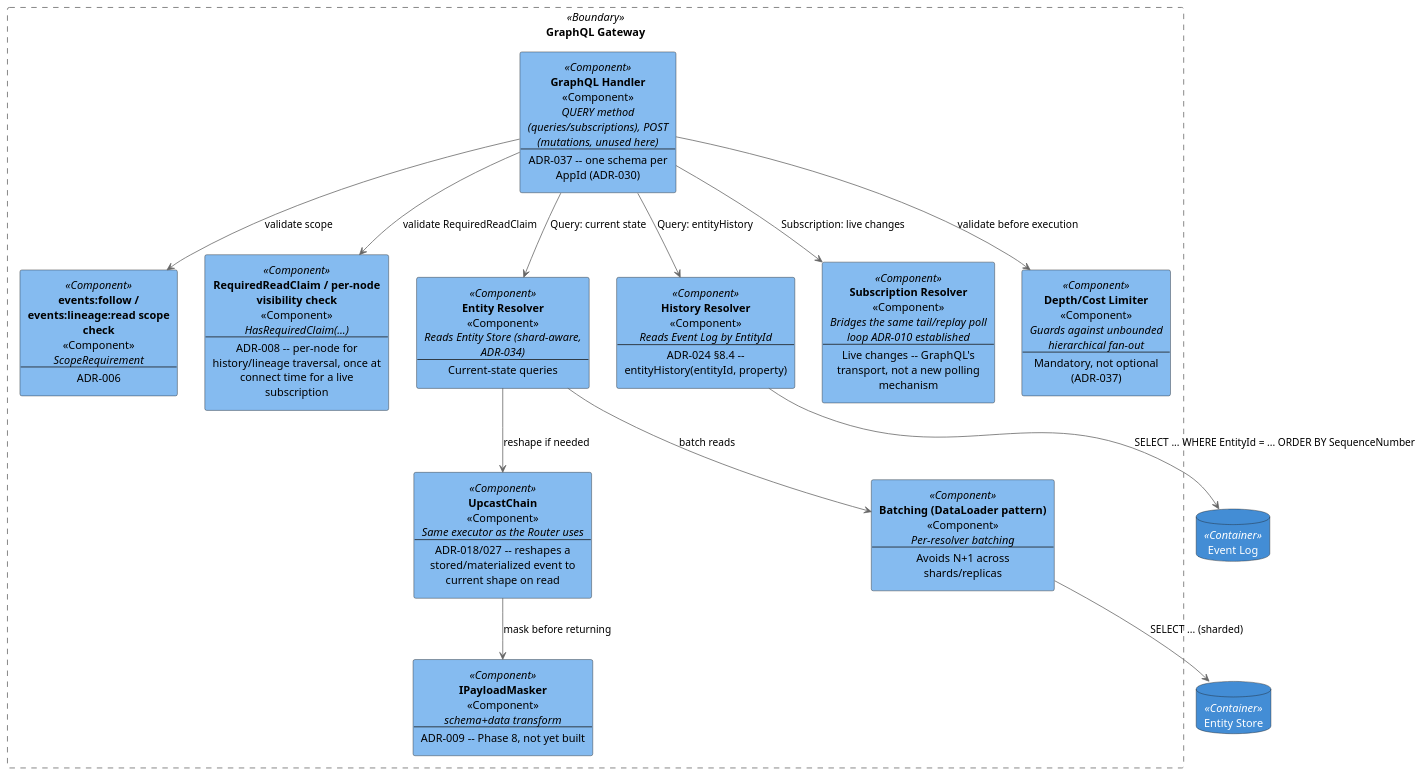
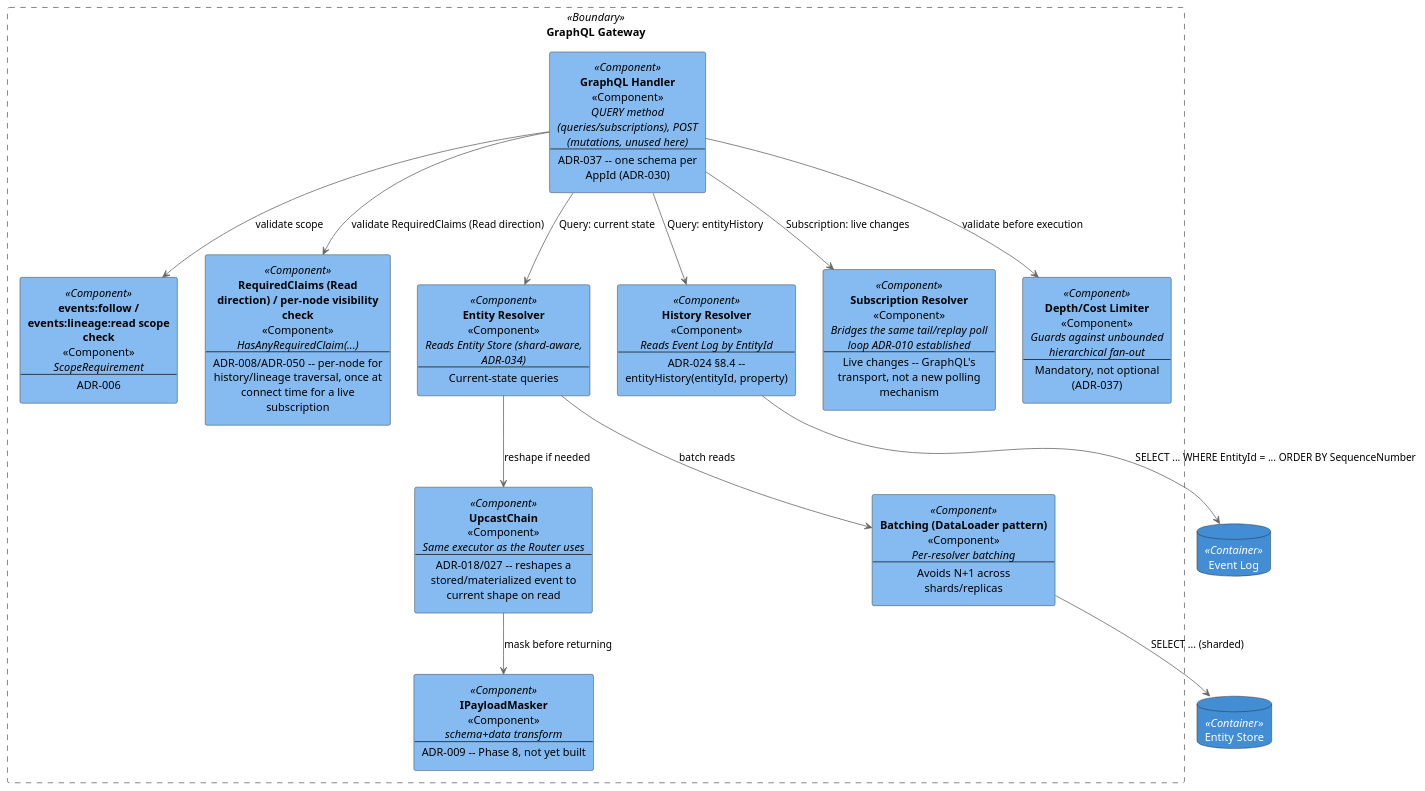
The fourth of 9 diagrams in docs/01-c4-architecture.md (Mwwhited-BookLearning/EventSourcing), drawn with PlantUML before and after one commit. The commit also changed other lines of this file and 39 other files, not shown here.

````diff
--- a/docs/01-c4-architecture.md
+++ b/docs/01-c4-architecture.md
@@ -233,50 +233,50 @@
 ```plantuml
 @startuml C4_Component_GraphQL
 skinparam shadowing false
 skinparam defaultTextAlignment center
 skinparam wrapWidth 220
 skinparam rectangle<<Component>> {
   BackgroundColor #85BBF0
   FontColor black
 }
 skinparam database<<Container>> {
   BackgroundColor #438DD5
   FontColor white
 }
 skinparam rectangle<<Boundary>> {
   BackgroundColor transparent
   BorderColor #666666
   BorderStyle dashed
 }
 skinparam ArrowColor #666666
 
 rectangle "GraphQL Gateway" <<Boundary>> as graphql {
     rectangle "**GraphQL Handler**\n<<Component>>\n//QUERY method (queries/subscriptions), POST (mutations, unused here)//\n--\nADR-037 -- one schema per AppId (ADR-030)" <<Component>> as handler
     rectangle "**events:follow / events:lineage:read scope check**\n<<Component>>\n//ScopeRequirement//\n--\nADR-006" <<Component>> as scopeCheck
-    rectangle "**RequiredReadClaim / per-node visibility check**\n<<Component>>\n//HasRequiredClaim(...)//\n--\nADR-008 -- per-node for history/lineage traversal, once at connect time for a live subscription" <<Component>> as claimCheck
+    rectangle "**RequiredClaims (Read direction) / per-node visibility check**\n<<Component>>\n//HasAnyRequiredClaim(...)//\n--\nADR-008/ADR-050 -- per-node for history/lineage traversal, once at connect time for a live subscription" <<Component>> as claimCheck
     rectangle "**Entity Resolver**\n<<Component>>\n//Reads Entity Store (shard-aware, ADR-034)//\n--\nCurrent-state queries" <<Component>> as entityResolver
     rectangle "**History Resolver**\n<<Component>>\n//Reads Event Log by EntityId//\n--\nADR-024 §8.4 -- entityHistory(entityId, property)" <<Component>> as historyResolver
     rectangle "**Subscription Resolver**\n<<Component>>\n//Bridges the same tail/replay poll loop ADR-010 established//\n--\nLive changes -- GraphQL's transport, not a new polling mechanism" <<Component>> as subResolver
     rectangle "**Depth/Cost Limiter**\n<<Component>>\n//Guards against unbounded hierarchical fan-out//\n--\nMandatory, not optional (ADR-037)" <<Component>> as depthLimiter
     rectangle "**Batching (DataLoader pattern)**\n<<Component>>\n//Per-resolver batching//\n--\nAvoids N+1 across shards/replicas" <<Component>> as dataLoader
     rectangle "**UpcastChain**\n<<Component>>\n//Same executor as the Router uses//\n--\nADR-018/027 -- reshapes a stored/materialized event to current shape on read" <<Component>> as upcaster
     rectangle "**IPayloadMasker**\n<<Component>>\n//schema+data transform//\n--\nADR-009 -- Phase 8, not yet built" <<Component>> as masker
 }
 
 database "Entity Store" <<Container>> as entityStore
 database "Event Log" <<Container>> as eventLog
 
 handler --> scopeCheck : validate scope
 handler --> depthLimiter : validate before execution
-handler --> claimCheck : validate RequiredReadClaim
+handler --> claimCheck : validate RequiredClaims (Read direction)
 handler --> entityResolver : Query: current state
 handler --> historyResolver : Query: entityHistory
 handler --> subResolver : Subscription: live changes
 entityResolver --> dataLoader : batch reads
 dataLoader --> entityStore : SELECT ... (sharded)
 historyResolver --> eventLog : SELECT ... WHERE EntityId = ... ORDER BY SequenceNumber
 entityResolver --> upcaster : reshape if needed
 upcaster --> masker : mask before returning
 
 @enduml
 ```
````
